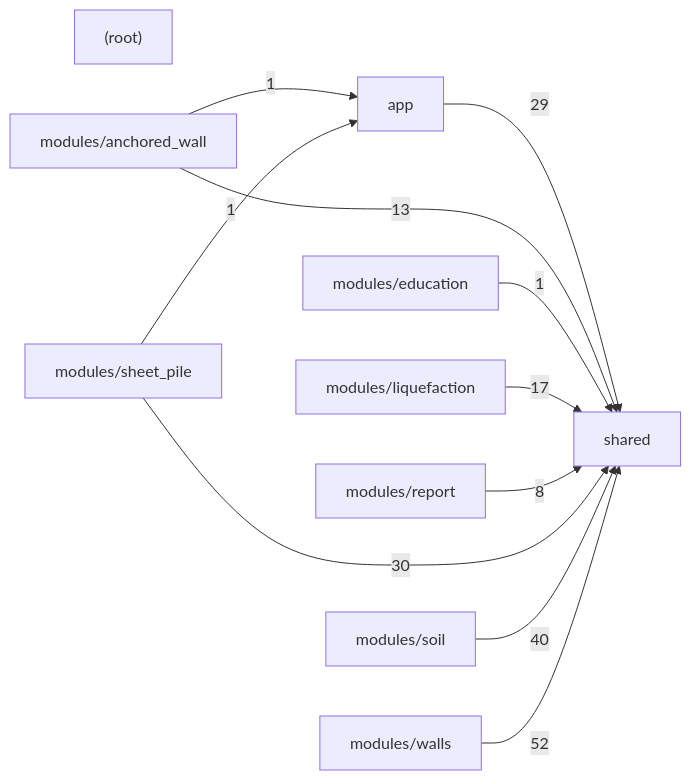
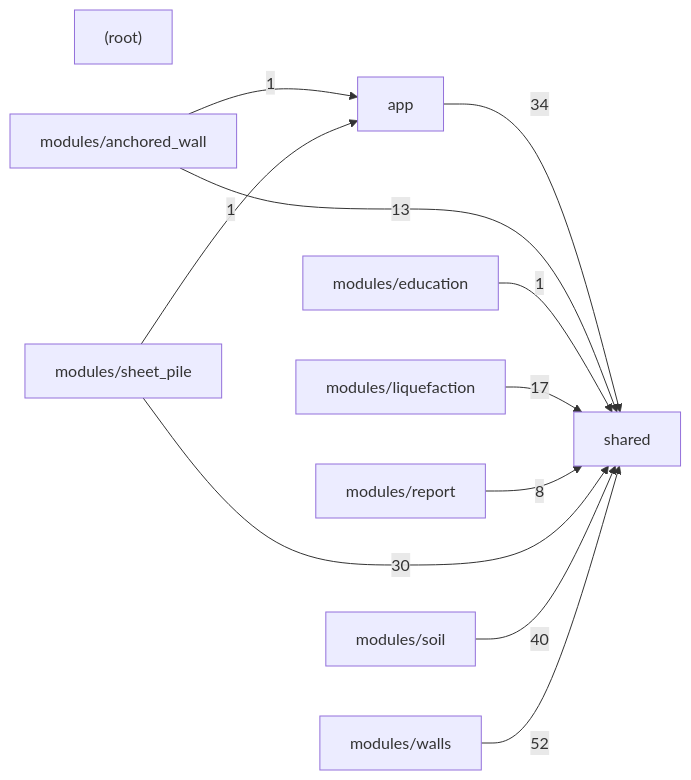
One commit to umutsertkaya/Foundation_Engineering_Program changed the second of 2 diagrams in docs/CODE_MAP.md. Above: the diagram before and after it, drawn with Mermaid. The commit also changed other lines of this file and 37 other files, not shown here.

````diff
--- a/docs/CODE_MAP.md
+++ b/docs/CODE_MAP.md
@@ -648,23 +648,23 @@
 ```mermaid
 graph LR
   _root_["(root)"]
   app["app"]
   modules_anchored_wall["modules/anchored_wall"]
   modules_education["modules/education"]
   modules_liquefaction["modules/liquefaction"]
   modules_report["modules/report"]
   modules_sheet_pile["modules/sheet_pile"]
   modules_soil["modules/soil"]
   modules_walls["modules/walls"]
   shared["shared"]
-  app -->|29| shared
+  app -->|34| shared
   modules_anchored_wall -->|1| app
   modules_anchored_wall -->|13| shared
   modules_education -->|1| shared
   modules_liquefaction -->|17| shared
   modules_report -->|8| shared
   modules_sheet_pile -->|1| app
   modules_sheet_pile -->|30| shared
   modules_soil -->|40| shared
   modules_walls -->|52| shared
 ```
````
